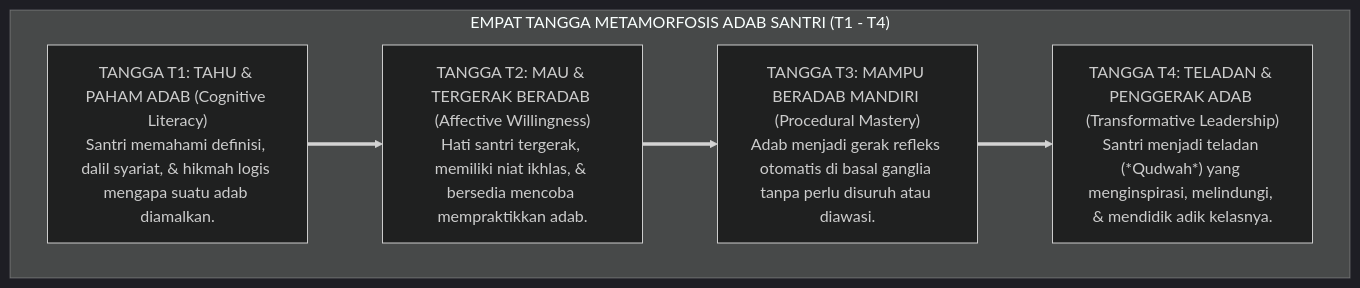
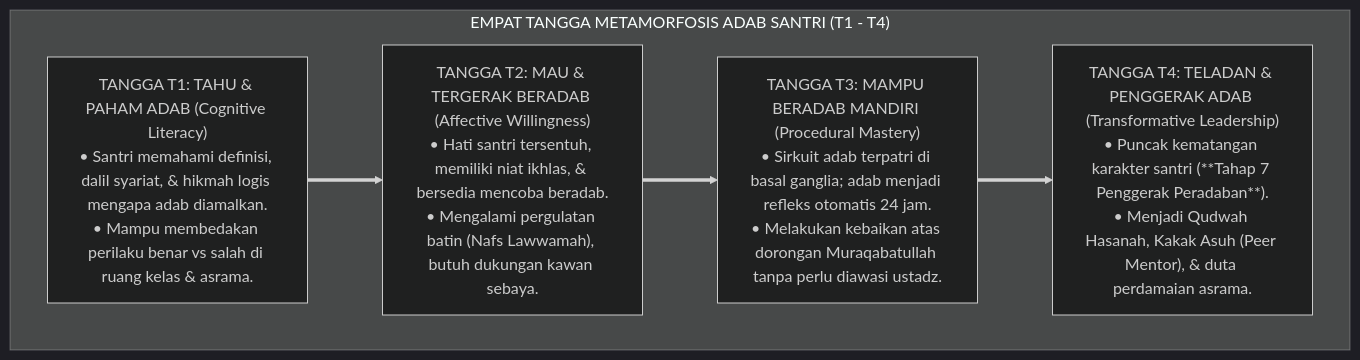
One commit to wandiapriliyandi/tumbuh changed the first of 2 diagrams in BOOK-SERIES/Volume-01/Bab-06-Triad-Pertumbuhan-Simbiotik-dan-Kontinuum-10-Tahap/01-Santri-Bertumbuh-Tangga-T1-sd-T4.md. Above: the diagram before and after it, drawn with Mermaid (dark theme). The commit also changed other lines of this file and 24 other files, not shown here.

Commit message:
feat(book-01): perkaya dan perdalam seluruh isi subbab bab 02 s.d. 07 dengan elaborasi komprehensif, analisis mendalam, dan diagram alur lengkap

````diff
--- a/BOOK-SERIES/Volume-01/Bab-06-Triad-Pertumbuhan-Simbiotik-dan-Kontinuum-10-Tahap/01-Santri-Bertumbuh-Tangga-T1-sd-T4.md
+++ b/BOOK-SERIES/Volume-01/Bab-06-Triad-Pertumbuhan-Simbiotik-dan-Kontinuum-10-Tahap/01-Santri-Bertumbuh-Tangga-T1-sd-T4.md
@@ -16,14 +22,14 @@
 ```mermaid
 graph TD
-    subgraph TanggaTUMBUH["EMPAT TANGGA METAMORFOSIS ADAB SANTRI (T1 - T4)"]
-        T1["TANGGA T1: TAHU & PAHAM ADAB (Cognitive Literacy)<br/>Santri memahami definisi, dalil syariat, & hikmah logis mengapa suatu adab diamalkan."]
+    subgraph TanggaKapasitas["EMPAT TANGGA METAMORFOSIS ADAB SANTRI (T1 - T4)"]
+        T1["TANGGA T1: TAHU & PAHAM ADAB (Cognitive Literacy)<br/>• Santri memahami definisi, dalil syariat, & hikmah logis mengapa adab diamalkan.<br/>• Mampu membedakan perilaku benar vs salah di ruang kelas & asrama."]
         
-        T2["TANGGA T2: MAU & TERGERAK BERADAB (Affective Willingness)<br/>Hati santri tergerak, memiliki niat ikhlas, & bersedia mencoba mempraktikkan adab."]
+        T2["TANGGA T2: MAU & TERGERAK BERADAB (Affective Willingness)<br/>• Hati santri tersentuh, memiliki niat ikhlas, & bersedia mencoba beradab.<br/>• Mengalami pergulatan batin (Nafs Lawwamah), butuh dukungan kawan sebaya."]
         
-        T3["TANGGA T3: MAMPU BERADAB MANDIRI (Procedural Mastery)<br/>Adab menjadi gerak refleks otomatis di basal ganglia tanpa perlu disuruh atau diawasi."]
+        T3["TANGGA T3: MAMPU BERADAB MANDIRI (Procedural Mastery)<br/>• Sirkuit adab terpatri di basal ganglia; adab menjadi refleks otomatis 24 jam.<br/>• Melakukan kebaikan atas dorongan Muraqabatullah tanpa perlu diawasi ustadz."]
         
-        T4["TANGGA T4: TELADAN & PENGGERAK ADAB (Transformative Leadership)<br/>Santri menjadi teladan (*Qudwah*) yang menginspirasi, melindungi, & mendidik adik kelasnya."]
+        T4["TANGGA T4: TELADAN & PENGGERAK ADAB (Transformative Leadership)<br/>• Puncak kematangan karakter santri (**Tahap 7 Penggerak Peradaban**).<br/>• Menjadi Qudwah Hasanah, Kakak Asuh (Peer Mentor), & duta perdamaian asrama."]
         
         T1 ==> T2 ==> T3 ==> T4
     end
 ```
````
